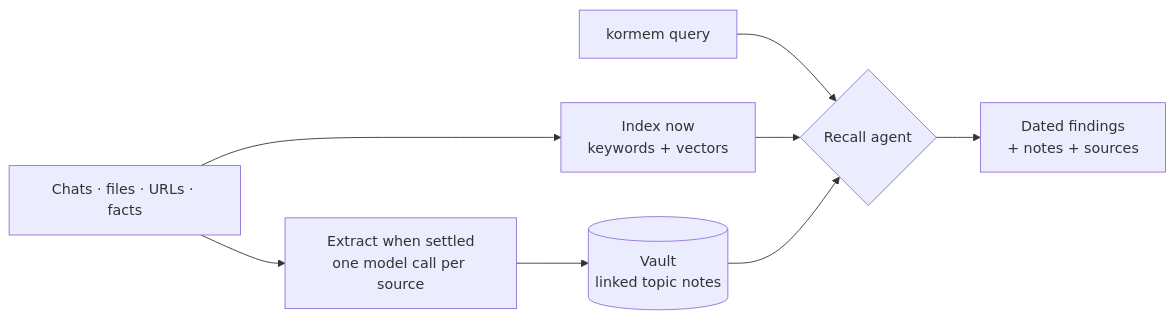
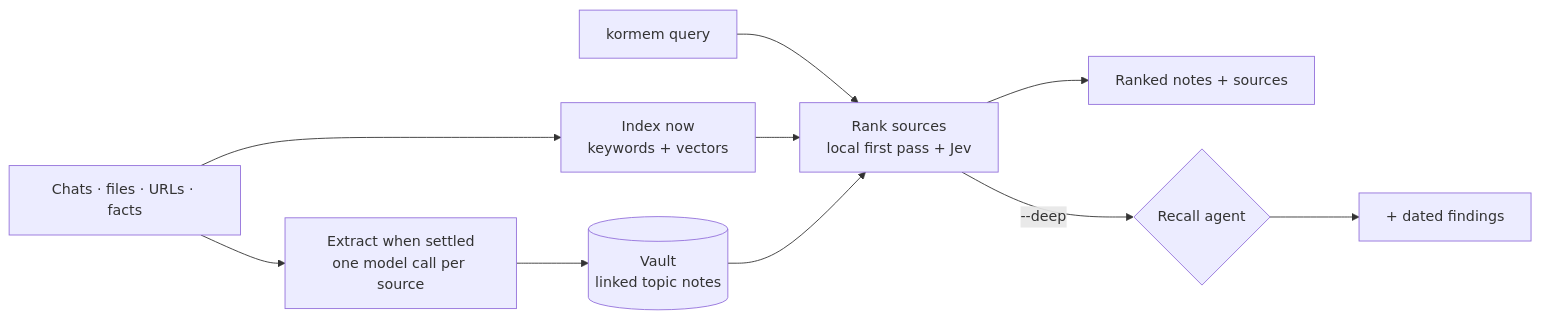
Before and after one commit to kushalsinha/kormem: the first of 5 diagrams in README.md, drawn with Mermaid. The commit also changed other lines of this file and 22 other files, not shown here.

First line of the commit message:
Recall: Jev re-ranking by default, recall agent at high effort (#13)

````diff
--- a/README.md
+++ b/README.md
@@ -13,10 +23,12 @@
 ```mermaid
 flowchart LR
   IN["Chats · files · URLs · facts"] --> IDX["Index now<br/>keywords + vectors"]
   IN --> X["Extract when settled<br/>one model call per source"]
   X --> V[("Vault<br/>linked topic notes")]
-  Q["kormem query"] --> A{"Recall agent"}
-  IDX --> A
-  V --> A
-  A --> OUT["Dated findings<br/>+ notes + sources"]
+  Q["kormem query"] --> R["Rank sources<br/>local first pass + Jev"]
+  IDX --> R
+  V --> R
+  R --> OUT["Ranked notes + sources"]
+  R -->|--deep| A{"Recall agent"}
+  A --> OUT2["+ dated findings"]
 ```
````
